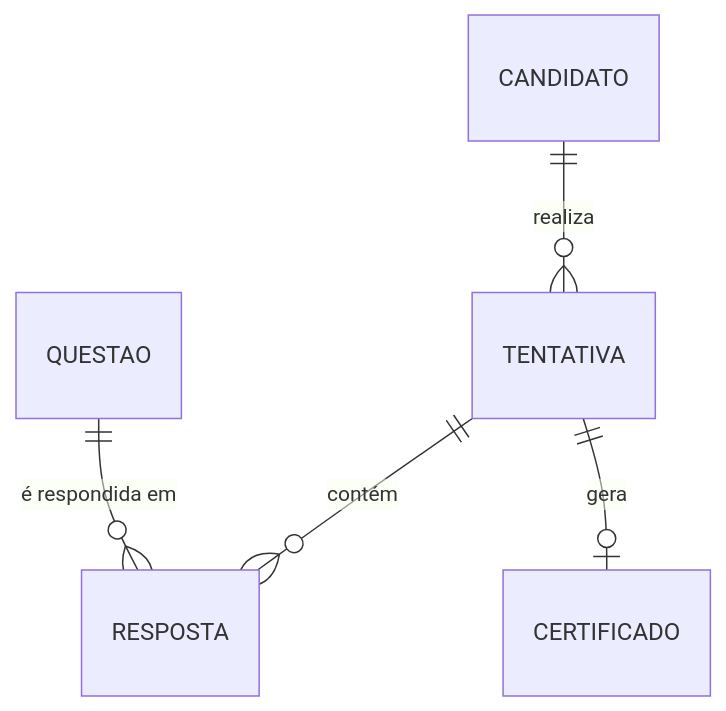
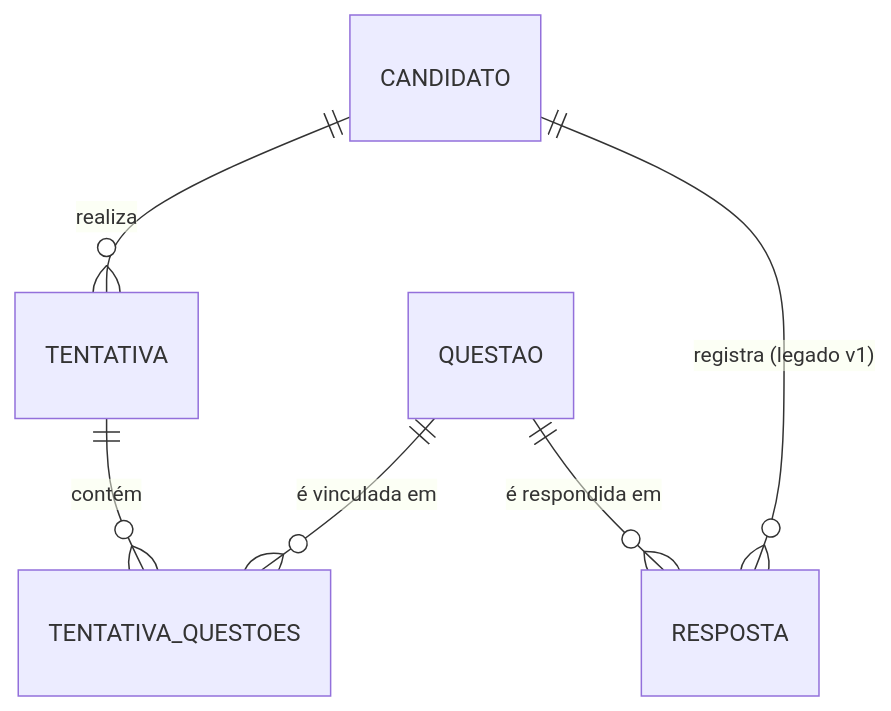
One commit to MultiCoreDSM/ABP changed the second of 2 diagrams in docs/banco/modelo-conceitual.md. Above: the diagram before and after it, drawn with Mermaid. The commit also changed other lines of this file and 2 other files, not shown here.

Commit message:
docs(db): atualiza diagramas e modelos para seguir requisitos da DB-05

````diff
--- a/docs/banco/modelo-conceitual.md
+++ b/docs/banco/modelo-conceitual.md
@@ -84,7 +84,8 @@
 ```mermaid
 erDiagram
     CANDIDATO ||--o{ TENTATIVA : "realiza"
-    TENTATIVA ||--o{ RESPOSTA : "contém"
-    TENTATIVA ||--o| CERTIFICADO : "gera"
+    TENTATIVA ||--o{ TENTATIVA_QUESTOES : "contém"
+    QUESTAO   ||--o{ TENTATIVA_QUESTOES : "é vinculada em"
+    CANDIDATO ||--o{ RESPOSTA : "registra (legado v1)"
     QUESTAO   ||--o{ RESPOSTA : "é respondida em"
 ```
````
